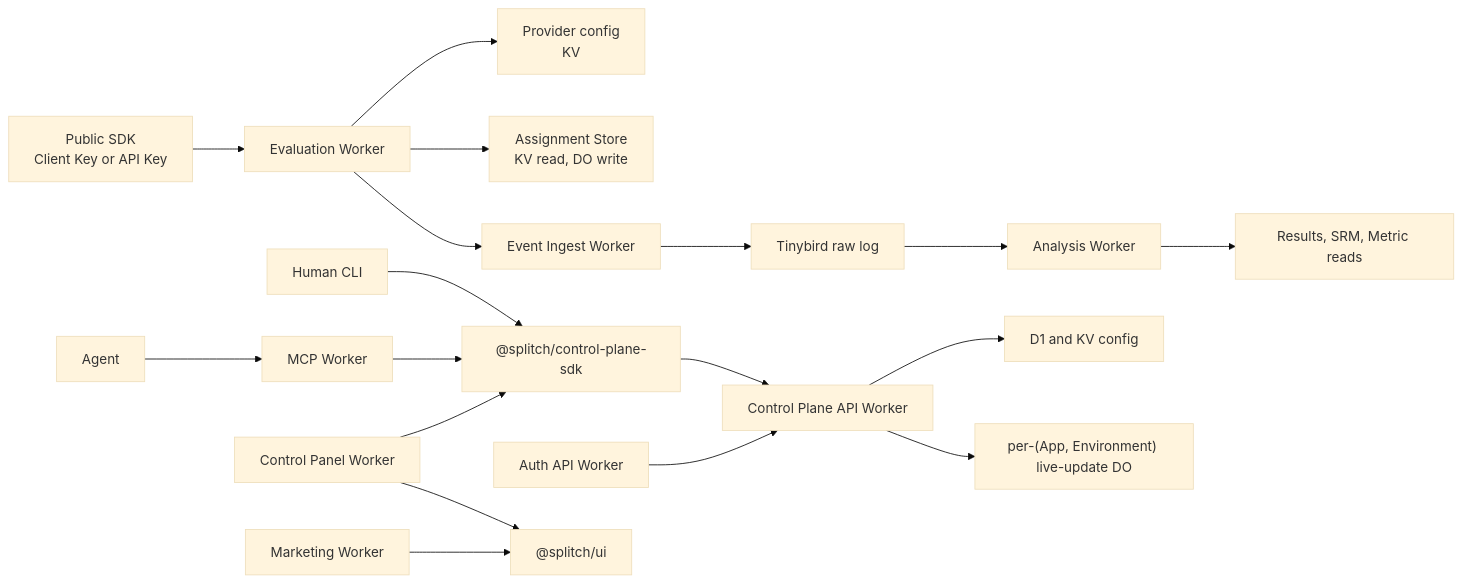
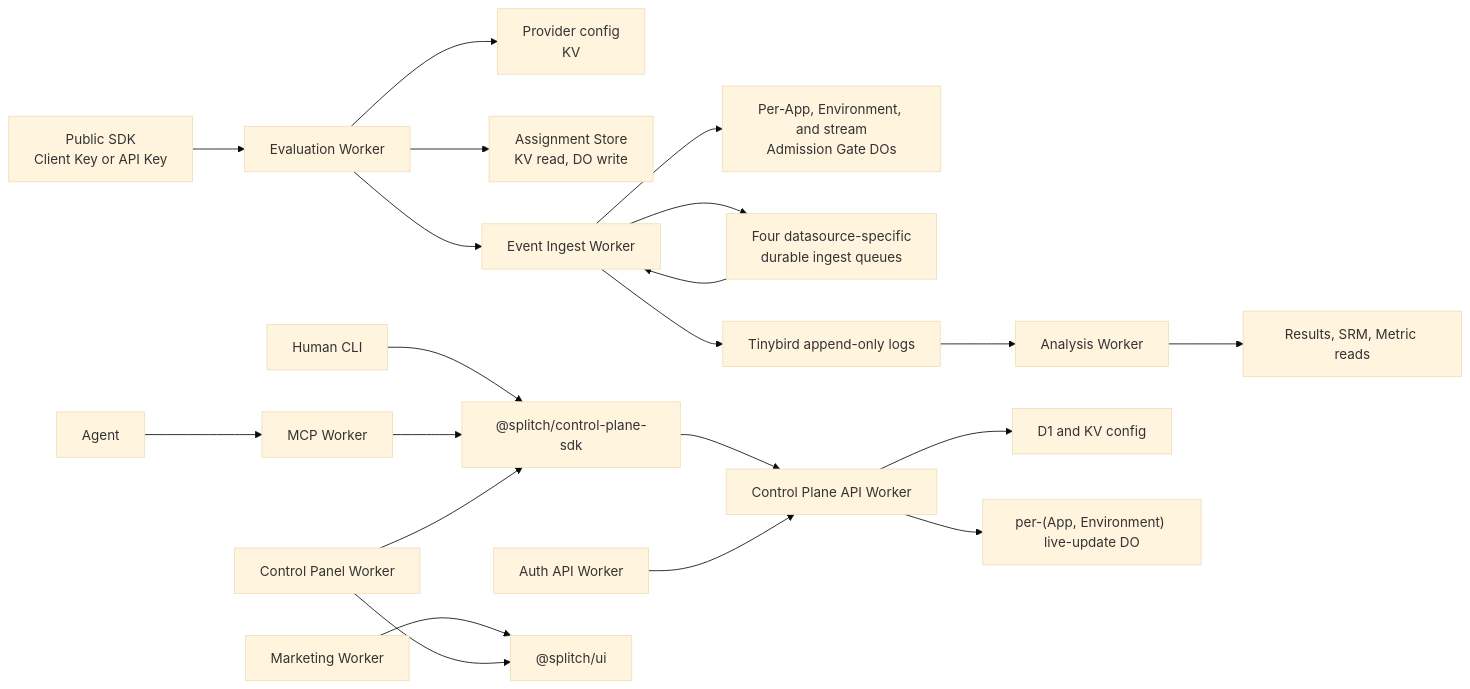
The diagram in docs/architecture/system-architecture.md (zaks-io/splitch), drawn with Mermaid (base theme) before and after one commit. The commit also changed other lines of this file and 72 other files, not shown here.

First line of the commit message:
Specify web analytics and durable telemetry ingest (#225)

````diff
--- a/docs/architecture/system-architecture.md
+++ b/docs/architecture/system-architecture.md
@@ -16,21 +21,24 @@
 ```mermaid
 flowchart LR
   SDK["Public SDK<br/>Client Key or API Key"] --> Eval["Evaluation Worker"]
   Eval --> Provider["Provider config<br/>KV"]
   Eval --> Store["Assignment Store<br/>KV read, DO write"]
   Eval --> Ingest["Event Ingest Worker"]
-  Ingest --> Tinybird["Tinybird raw log"]
+  Ingest --> Admission["Per-App, Environment, and stream<br/>Admission Gate DOs"]
+  Ingest --> Queue["Four datasource-specific<br/>durable ingest queues"]
+  Queue --> Ingest
+  Ingest --> Tinybird["Tinybird append-only logs"]
   Tinybird --> Analysis["Analysis Worker"]
   Analysis --> Results["Results, SRM, Metric reads"]
 
   Human["Human CLI"] --> Client["@splitch/control-plane-sdk"]
   Agent["Agent"] --> MCP["MCP Worker"]
   MCP --> Client
   Client --> CPA["Control Plane API Worker"]
   Panel["Control Panel Worker"] --> Client
   CPA --> D1["D1 and KV config"]
   CPA --> Fanout["per-(App, Environment) live-update DO"]
   Auth["Auth API Worker"] --> CPA
   Marketing["Marketing Worker"] --> UI["@splitch/ui"]
   Panel --> UI
 ```
````
